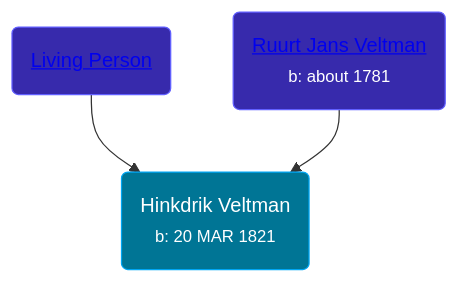
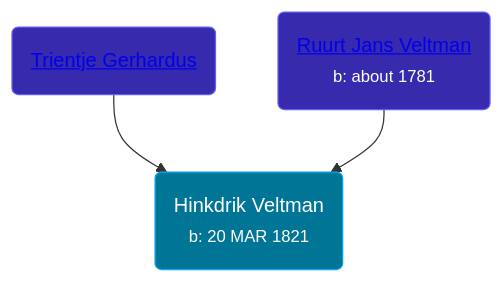
The diagram in pages/people/9/99600244.md (wpmgotkh/wpmgotkh.github.io), drawn with Mermaid before and after one commit. The commit also changed other lines of this file and 586 other files, not shown here.

Commit message:
feat: better shouldConsiderPersonLiving algo

````diff
--- a/pages/people/9/99600244.md
+++ b/pages/people/9/99600244.md
@@ -10,9 +10,9 @@
 ```mermaid
 graph
 classDef grands fill:#193cb8,stroke:#2b7fff,stroke-width:1px,color:#fff;
 classDef parents fill:#372aac,stroke:#615fff,stroke-width:1px,color:#fff;
 classDef primary fill:#007595,stroke:#00a6f4,stroke-width:1px,color:#fff;
 99600244(Hinkdrik Veltman<br /><small>b: 20 MAR 1821</small>):::primary
-5258118(<a class="text-white" href="/people/5/5258118">Living Person</a>):::parents-->99600244
+5258118(<a class="text-white" href="/people/5/5258118">Trientje Gerhardus</a>):::parents-->99600244
 53462276(<a class="text-white" href="/people/5/53462276">Ruurt Jans Veltman</a><br /><small>b: about 1781</small>):::parents-->99600244
 ```
````
